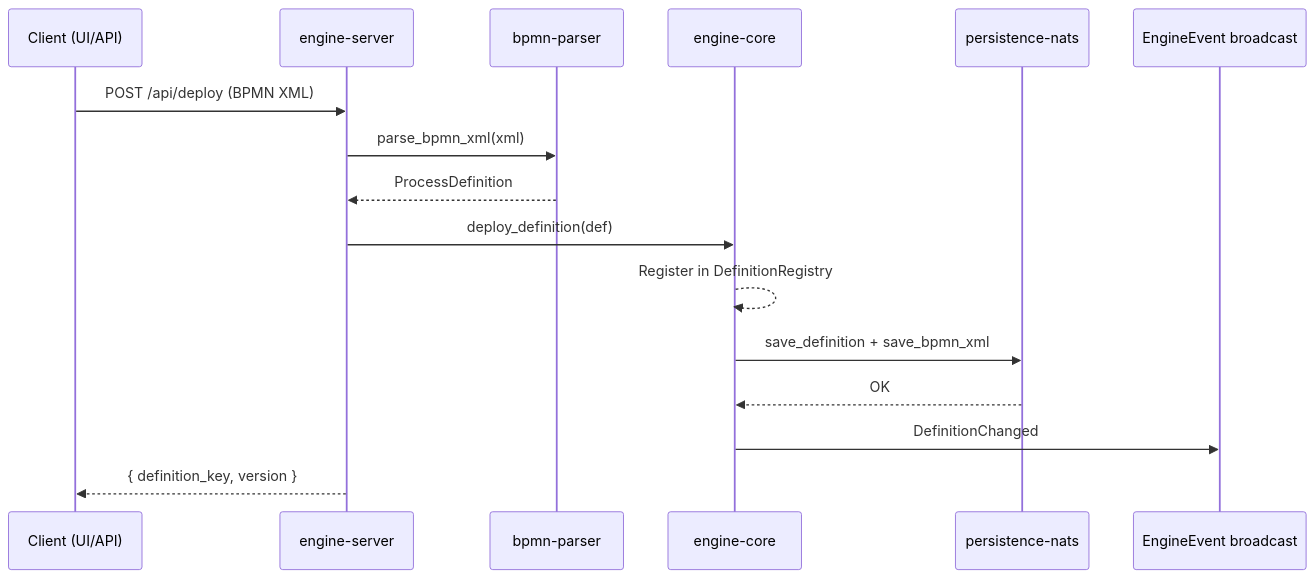
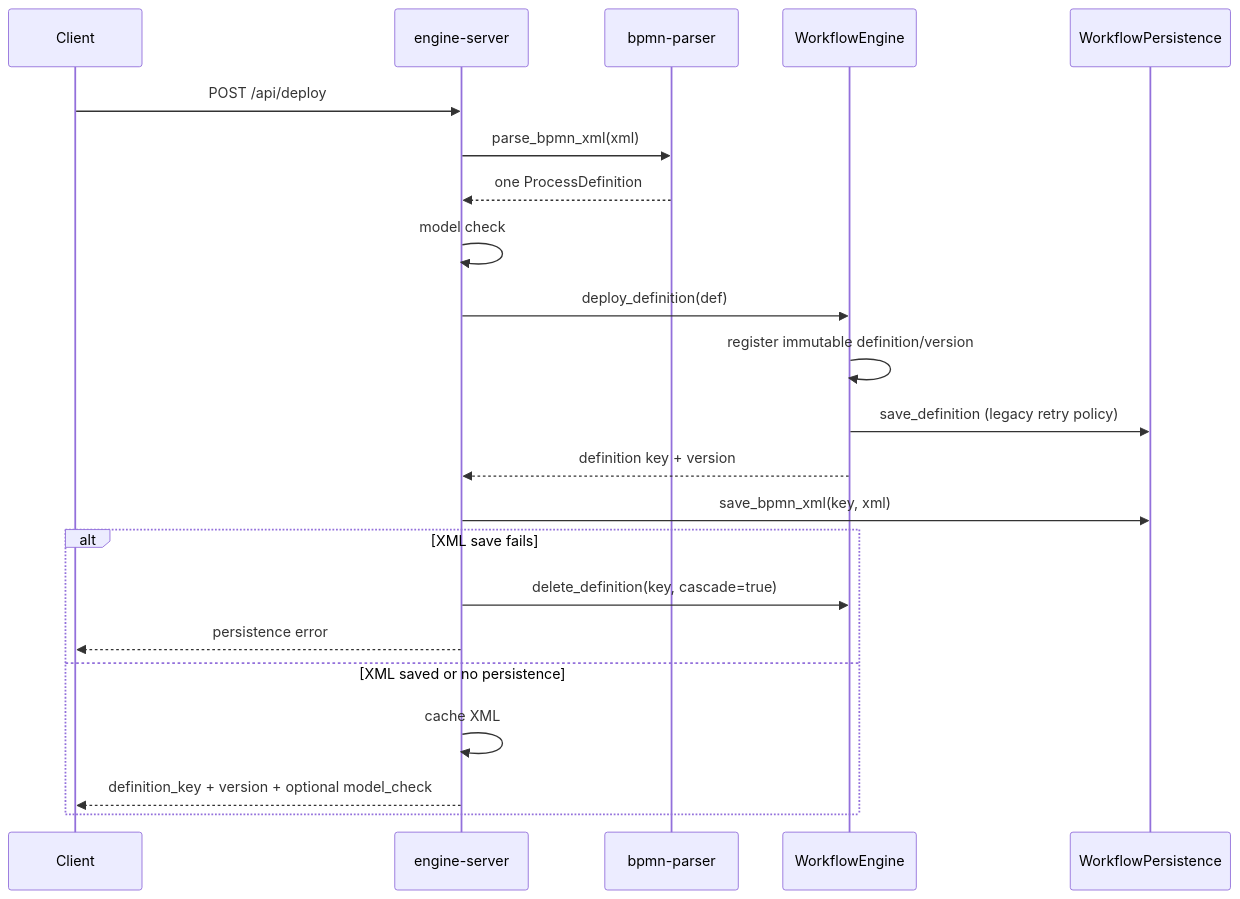
Before and after one commit to maatini/bpmninja: the first of 9 diagrams in docs/knowledge-base/architecture/data-flows.md, drawn with Mermaid. The commit also changed other lines of this file and 19 other files, not shown here.

````diff
--- a/docs/knowledge-base/architecture/data-flows.md
+++ b/docs/knowledge-base/architecture/data-flows.md
@@ -5,19 +7,24 @@
 ```mermaid
 sequenceDiagram
-    participant Client as Client (UI/API)
+    participant Client
     participant Server as engine-server
     participant Parser as bpmn-parser
-    participant Engine as engine-core
-    participant NATS as persistence-nats
-    participant Events as EngineEvent broadcast
-
-    Client->>Server: POST /api/deploy (BPMN XML)
+    participant Engine as WorkflowEngine
+    participant Store as WorkflowPersistence
+    Client->>Server: POST /api/deploy
     Server->>Parser: parse_bpmn_xml(xml)
-    Parser-->>Server: ProcessDefinition
+    Parser-->>Server: one ProcessDefinition
+    Server->>Server: model check
     Server->>Engine: deploy_definition(def)
-    Engine-->>Engine: Register in DefinitionRegistry
-    Engine->>NATS: save_definition + save_bpmn_xml
-    NATS-->>Engine: OK
-    Engine->>Events: DefinitionChanged
-    Server-->>Client: { definition_key, version }
+    Engine->>Engine: register immutable definition/version
+    Engine->>Store: save_definition (legacy retry policy)
+    Engine-->>Server: definition key + version
+    Server->>Store: save_bpmn_xml(key, xml)
+    alt XML save fails
+        Server->>Engine: delete_definition(key, cascade=true)
+        Server-->>Client: persistence error
+    else XML saved or no persistence
+        Server->>Server: cache XML
+        Server-->>Client: definition_key + version + optional model_check
+    end
 ```
````
